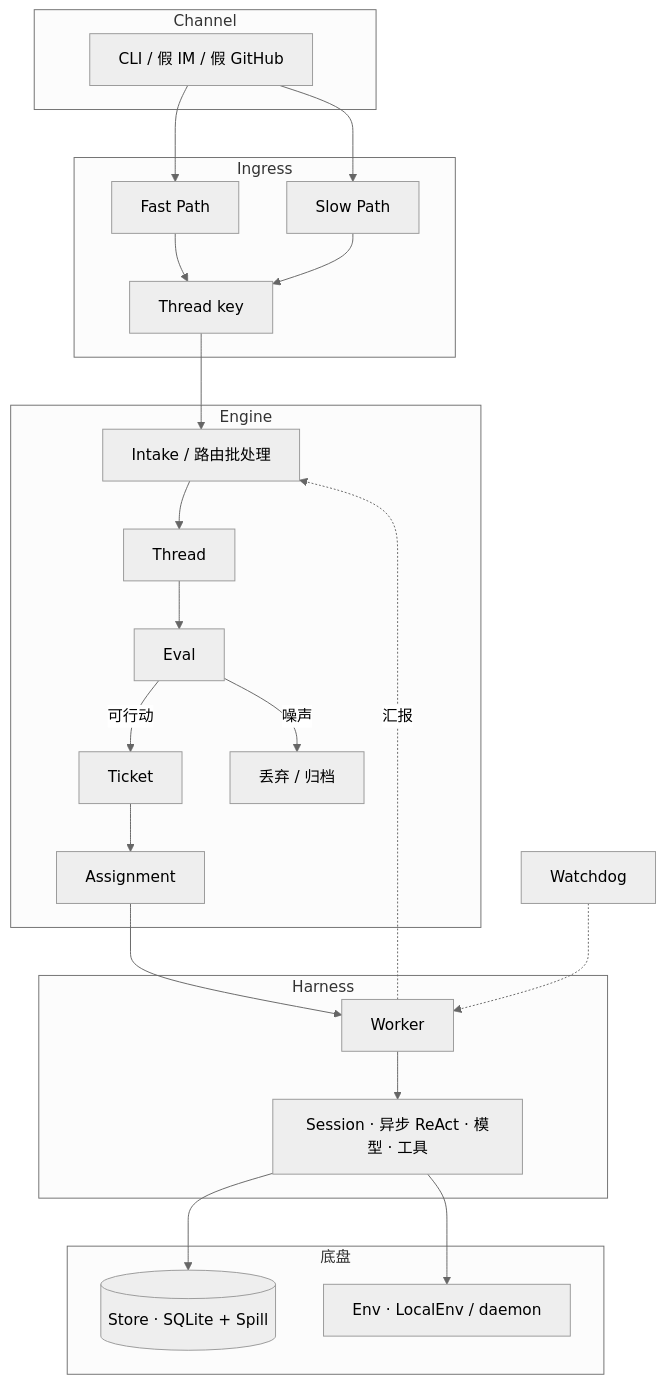
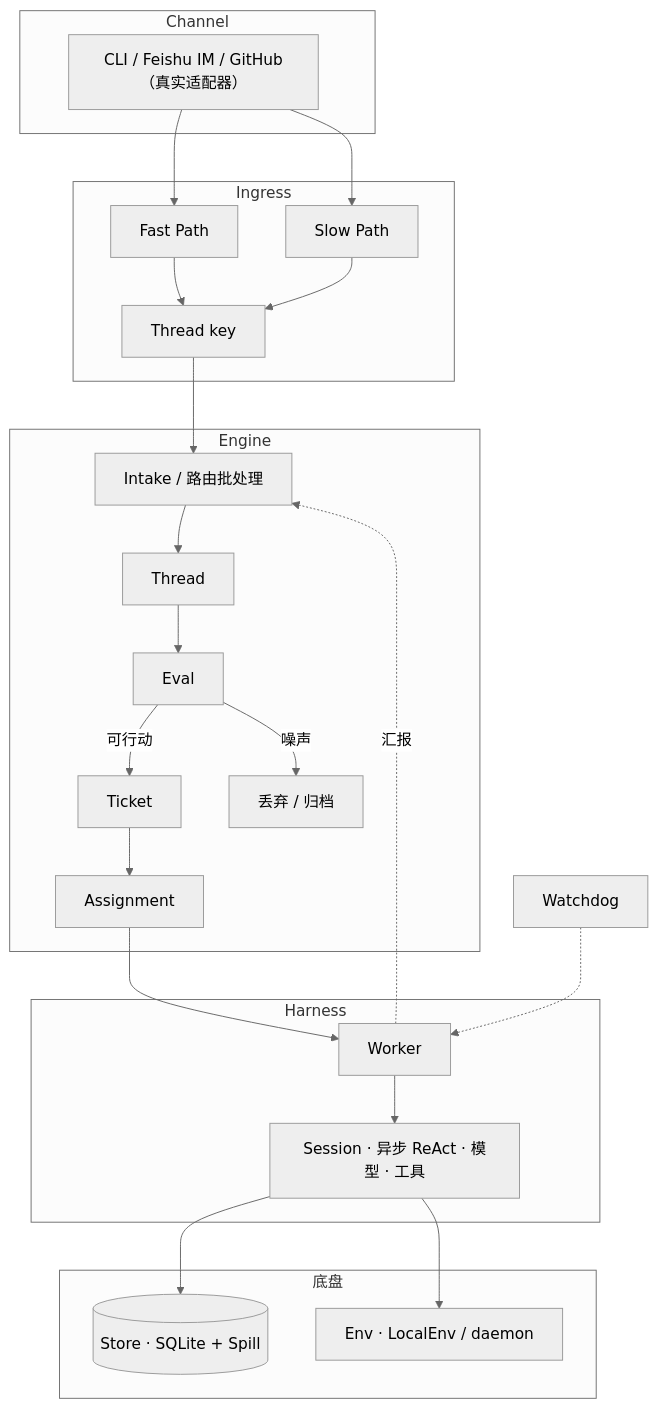
Before and after one commit to LofiSu/deepseek-super-agent: the diagram in README.zh-CN.md, drawn with Mermaid (neutral theme). The commit also changed other lines of this file and 25 other files, not shown here.

First line of the commit message:
feat(demo): real Feishu/GitHub channels + three live demos

````diff
--- a/README.zh-CN.md
+++ b/README.zh-CN.md
@@ -136,46 +136,46 @@
 ```mermaid
 flowchart TB
   subgraph Channels["Channel"]
-    C1[CLI / 假 IM / 假 GitHub]
+    C1[CLI / Feishu IM / GitHub（真实适配器）]
   end
 
   subgraph Ingress["Ingress"]
     Fast[Fast Path]
     Slow[Slow Path]
     Fast --> TK[Thread key]
     Slow --> TK
   end
 
   subgraph Engine["Engine"]
     Intake[Intake / 路由批处理]
     Thread[Thread]
     Eval[Eval]
     Ticket[Ticket]
     Assign[Assignment]
     Intake --> Thread --> Eval
     Eval -->|可行动| Ticket --> Assign
     Eval -->|噪声| Drop[丢弃 / 归档]
   end
 
   subgraph Harness["Harness"]
     Sess[Session · 异步 ReAct · 模型 · 工具]
     Worker[Worker]
     Assign --> Worker
     Worker --> Sess
   end
 
   subgraph Bottom["底盘"]
     Store[(Store · SQLite + Spill)]
     Env[Env · LocalEnv / daemon]
   end
 
   WD[Watchdog]
 
   C1 --> Fast
   C1 --> Slow
   TK --> Intake
   Sess --> Store
   Sess --> Env
   Worker -.->|汇报| Intake
   WD -.-> Worker
 ```
````
